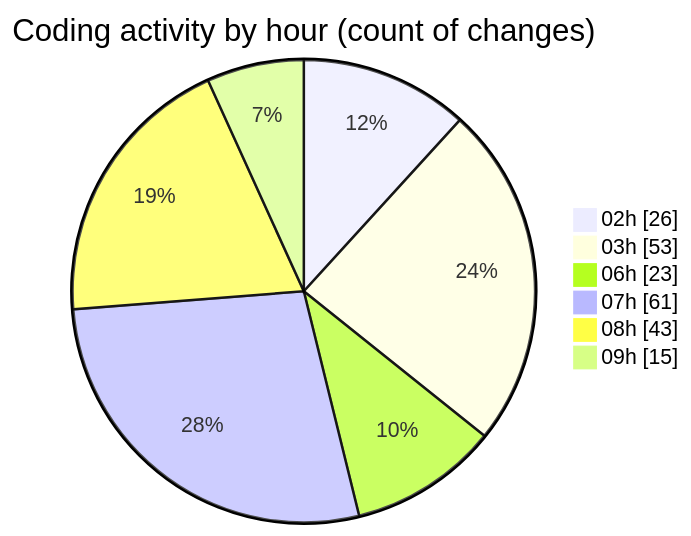
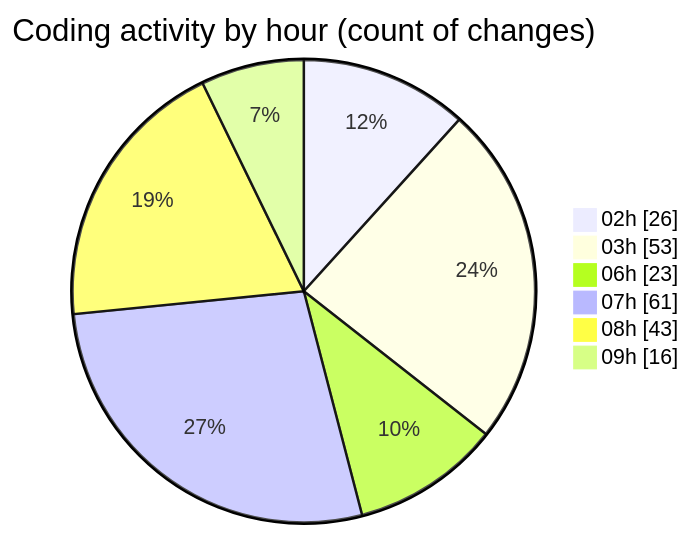
One commit to charlie-sans/code-tracking changed the second of 2 diagrams in 2025-02-22/micros/README.md. Above: the diagram before and after it, drawn with Mermaid. The commit also changed other lines of this file and 1 other file, not shown here.

````diff
--- a/2025-02-22/micros/README.md
+++ b/2025-02-22/micros/README.md
@@ -74,10 +74,10 @@
 ```mermaid
 pie showData
 title Coding activity by hour (count of changes)
 "02h" : 26
 "03h" : 53
 "06h" : 23
 "07h" : 61
 "08h" : 43
-"09h" : 15
+"09h" : 16
 ```
````
